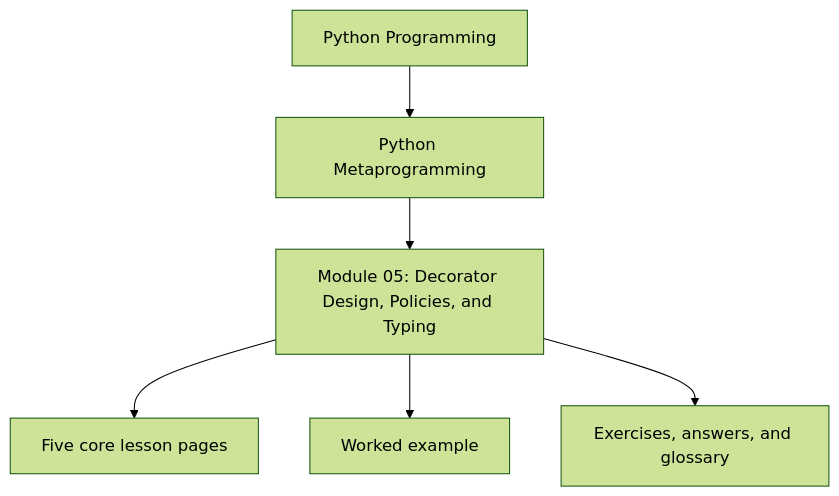
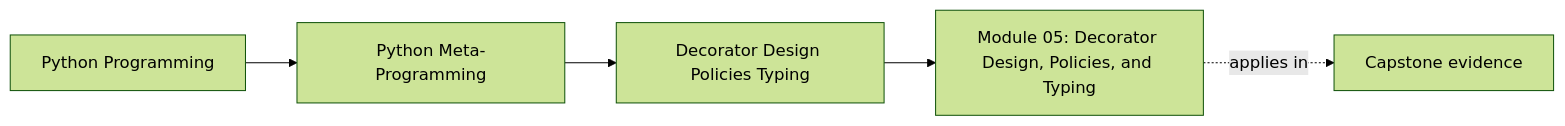
One commit to bijux/bijux-masterclass changed the first of 2 diagrams in programs/python-programming/python-meta-programming/course-book/module-05-decorator-design-policies-typing/index.md. Above: the diagram before and after it, drawn with Mermaid (forest theme). The commit also changed other lines of this file and 91 other files, not shown here.

Commit message:
docs(python-meta-programming): map advanced runtime and capstone surfaces

````diff
--- a/programs/python-programming/python-meta-programming/course-book/module-05-decorator-design-policies-typing/index.md
+++ b/programs/python-programming/python-meta-programming/course-book/module-05-decorator-design-policies-typing/index.md
@@ -6,8 +6,11 @@
 ```mermaid
-flowchart TD
-  family["Python Programming"] --> program["Python Metaprogramming"]
-  program --> module["Module 05: Decorator Design, Policies, and Typing"]
-  module --> cores["Five core lesson pages"]
-  module --> example["Worked example"]
-  module --> practice["Exercises, answers, and glossary"]
+graph LR
+  family["Python Programming"]
+  program["Python Meta-Programming"]
+  section["Decorator Design Policies Typing"]
+  page["Module 05: Decorator Design, Policies, and Typing"]
+  capstone["Capstone evidence"]
+
+  family --> program --> section --> page
+  page -.applies in.-> capstone
 ```
````
